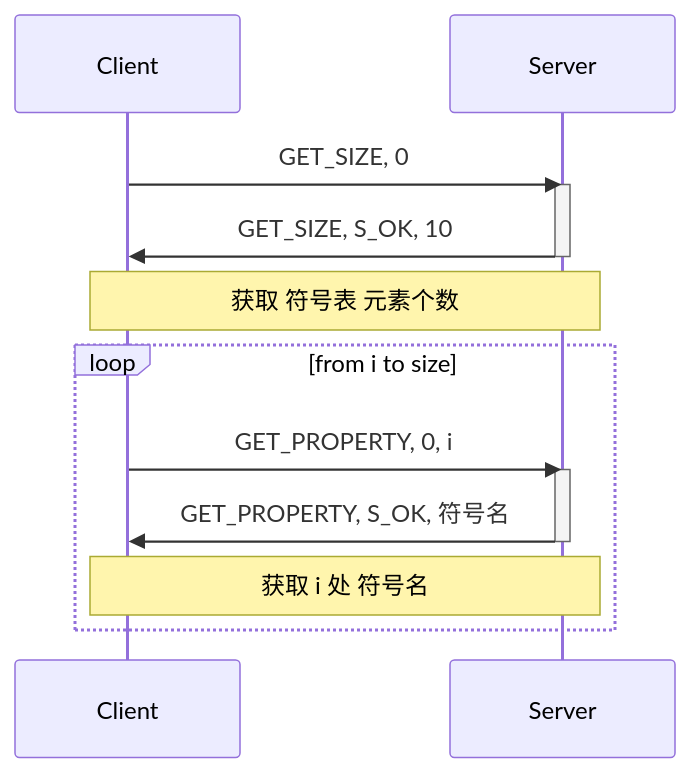
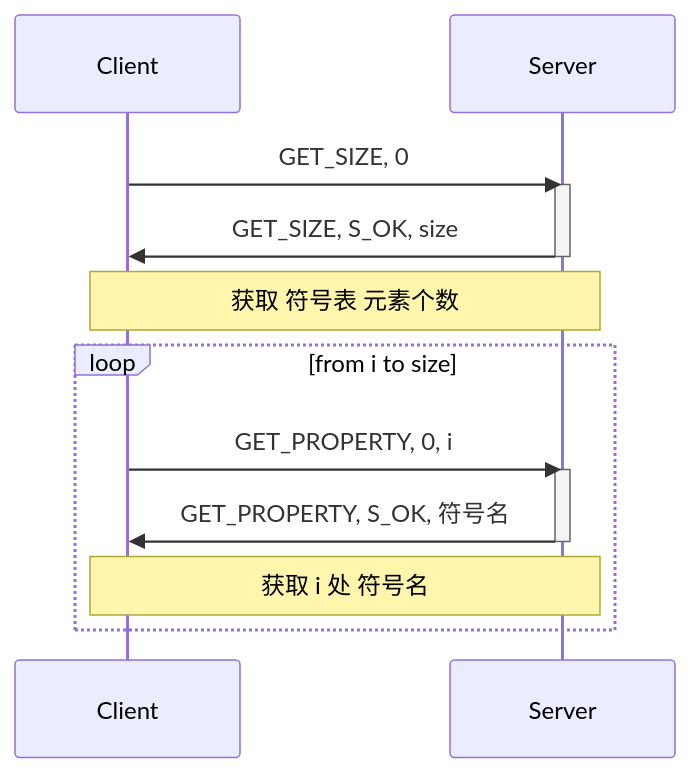
The third of 3 diagrams in Readme.md (Windmill-City/HostService), drawn with Mermaid before and after one commit.

Commit message:
1. 修正同步符号表GET_SIZE中的表述

````diff
--- a/Readme.md
+++ b/Readme.md
@@ -97,16 +97,16 @@
 ```mermaid
 sequenceDiagram
     Client ->> Server: GET_SIZE, 0
     activate Server
-    Server ->> Client: GET_SIZE, S_OK, 10
+    Server ->> Client: GET_SIZE, S_OK, size
     deactivate Server
     Note over Client, Server: 获取 符号表 元素个数
 
     loop from i to size
         Client ->> Server: GET_PROPERTY, 0, i
         activate Server
         Server ->> Client: GET_PROPERTY, S_OK, 符号名
         deactivate Server
         Note over Client, Server: 获取 i 处 符号名
     end
 ```
````
